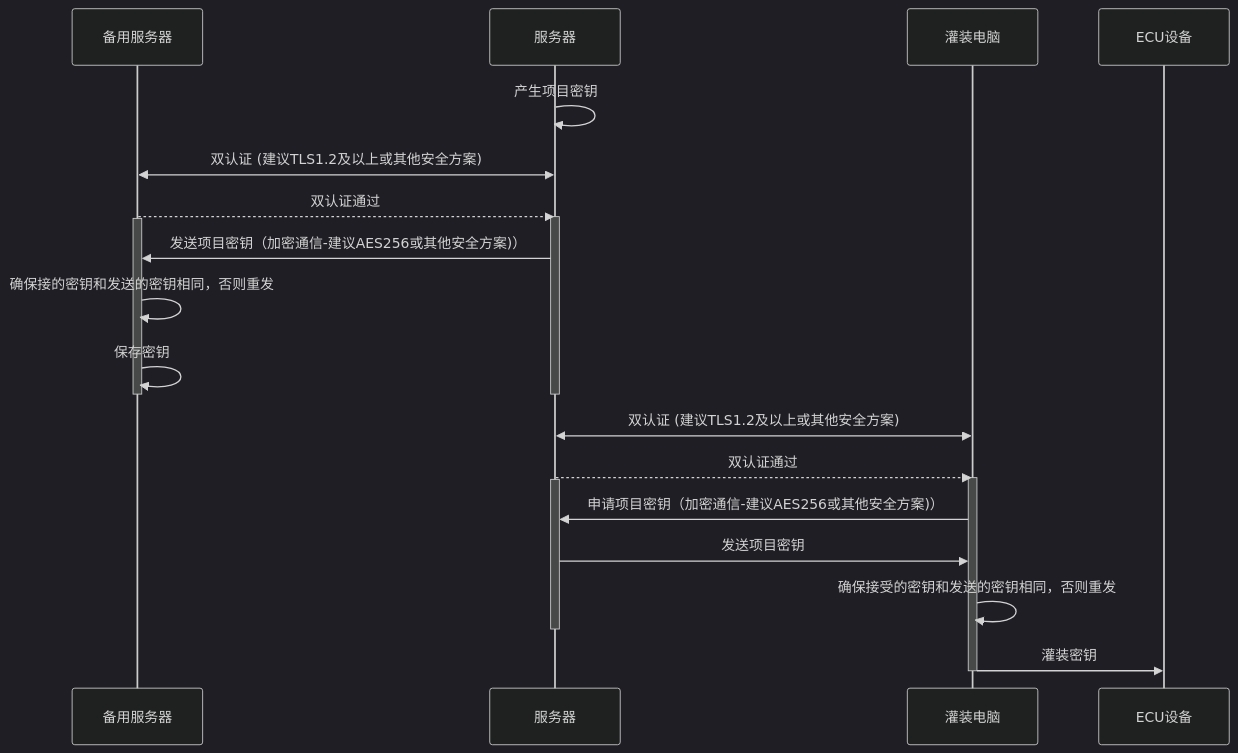
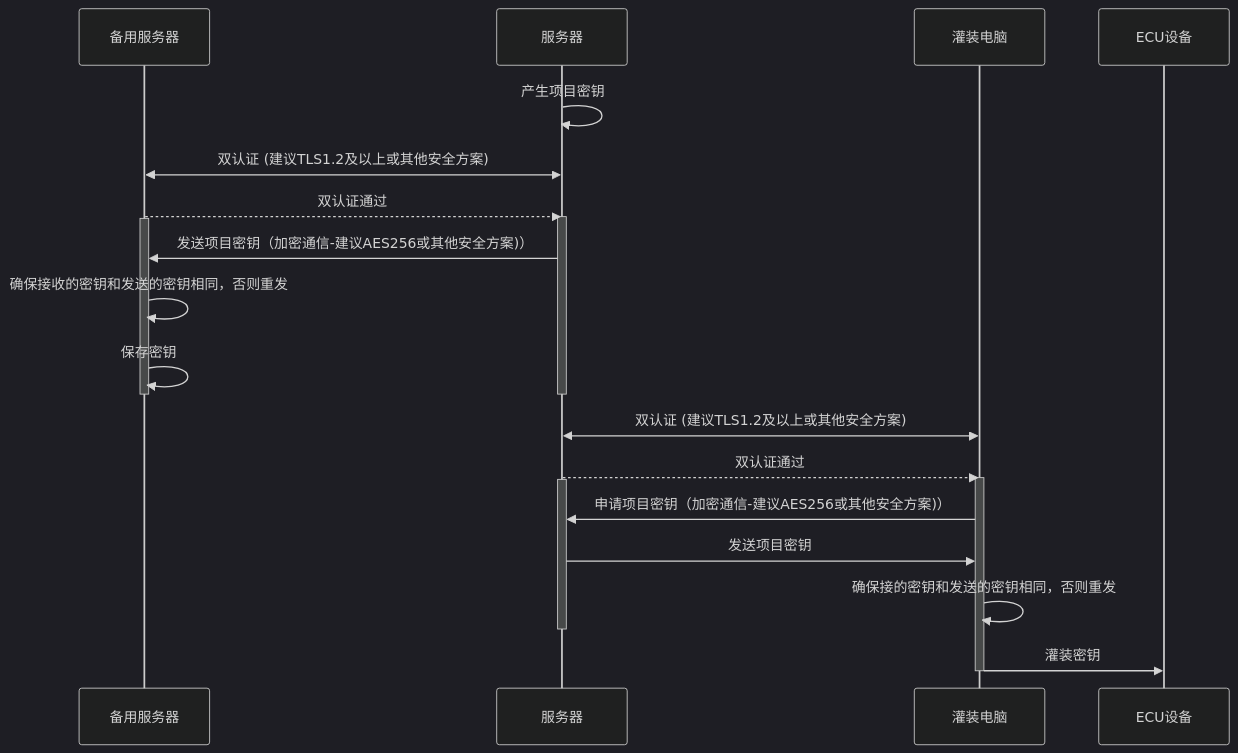
One commit to facebook-cloud/iodraw-files changed the diagram in all/未命名-10.md. Above: the diagram before and after it, drawn with Mermaid (dark theme).

Commit message:
2026-01-23 13:54:49 update

````diff
--- a/all/未命名-10.md
+++ b/all/未命名-10.md
@@ -1,32 +1,32 @@
 ```mermaid
 sequenceDiagram
     participant B as 备用服务器
     participant A as 服务器
     participant C as 灌装电脑
     participant D as ECU设备
 
     A->>A: 产生项目密钥
     A<<->>B: 双认证 (建议TLS1.2及以上或其他安全方案)
     B-->>A: 双认证通过
     activate A
     activate B
     A->>B: 发送项目密钥（加密通信-建议AES256或其他安全方案)）
 
-    B->>B: 确保接的密钥和发送的密钥相同，否则重发
+    B->>B: 确保接收的密钥和发送的密钥相同，否则重发
     B->>B: 保存密钥
     deactivate B
     deactivate A
 
     C<<->>A: 双认证 (建议TLS1.2及以上或其他安全方案)
     A-->>C: 双认证通过
     activate C
     activate A
     C->>A: 申请项目密钥（加密通信-建议AES256或其他安全方案)）
     A->>C: 发送项目密钥
 
-    C->>C: 确保接受的密钥和发送的密钥相同，否则重发
+    C->>C: 确保接的密钥和发送的密钥相同，否则重发
     deactivate A
     C->>D: 灌装密钥
     deactivate C
 
 ```
````
